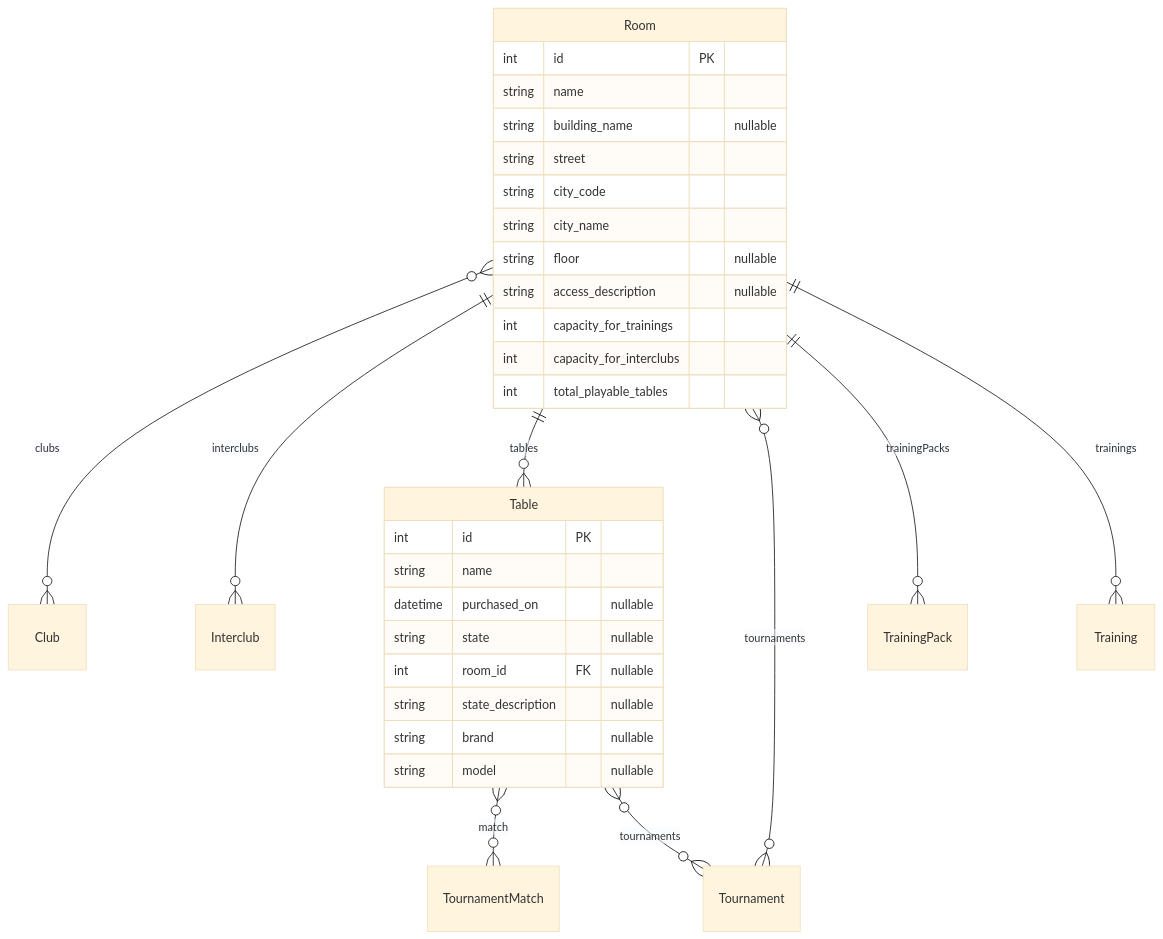
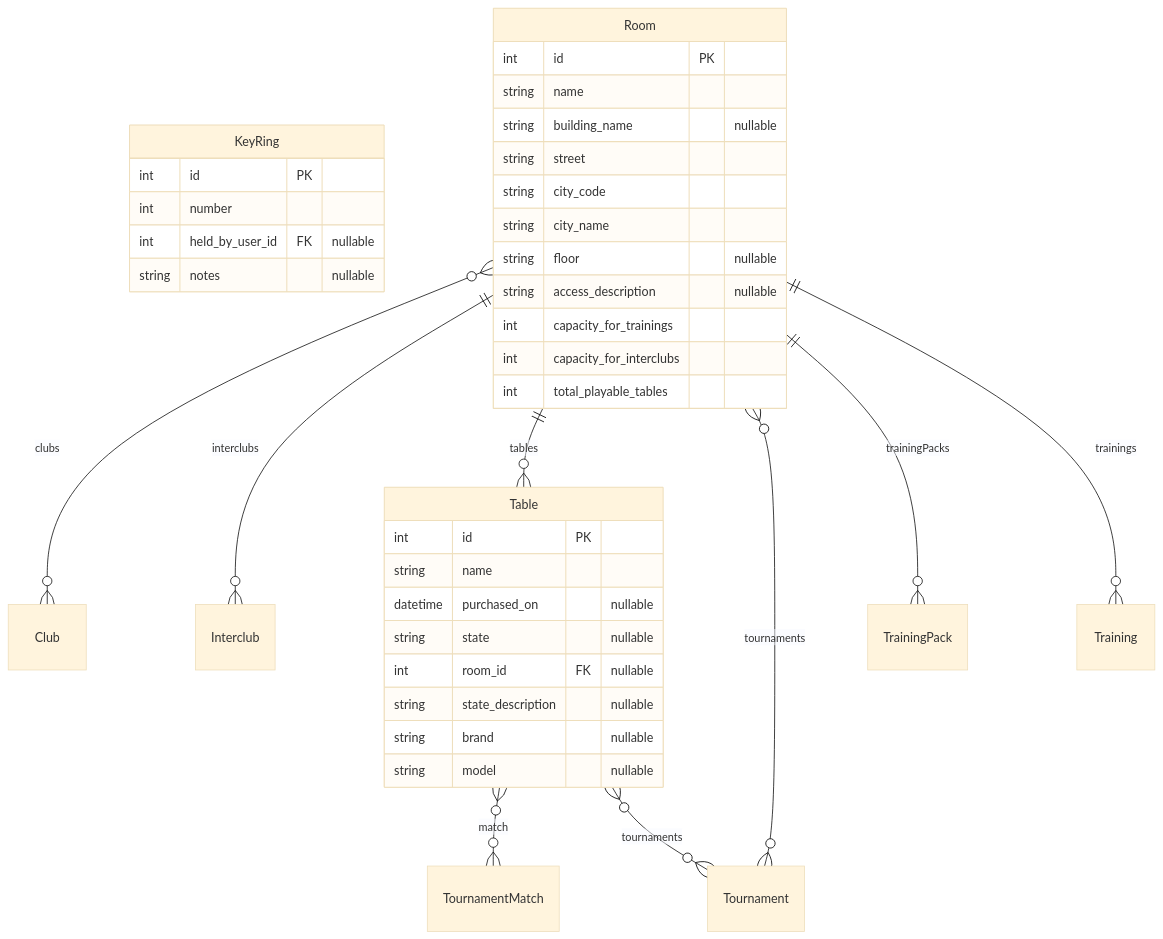
Before and after one commit to Paupoo/tabletennisclub-app: the diagram in docs/erd/clubadmin-club.md, drawn with Mermaid (base theme). The commit also changed 7 other files, not shown here.

First line of the commit message:
chore(docs): regenerate the ERD, drift included

````diff
--- a/docs/erd/clubadmin-club.md
+++ b/docs/erd/clubadmin-club.md
@@ -3,35 +3,41 @@
 ```mermaid
 erDiagram
+    KeyRing {
+        int id PK
+        int number
+        int held_by_user_id FK "nullable"
+        string notes "nullable"
+    }
     Room {
         int id PK
         string name
         string building_name "nullable"
         string street
         string city_code
         string city_name
         string floor "nullable"
         string access_description "nullable"
         int capacity_for_trainings
         int capacity_for_interclubs
         int total_playable_tables
     }
     Table {
         int id PK
         string name
         datetime purchased_on "nullable"
         string state "nullable"
         int room_id FK "nullable"
         string state_description "nullable"
         string brand "nullable"
         string model "nullable"
     }
 
     Room }o--o{ Club : "clubs"
     Room ||--o{ Interclub : "interclubs"
     Room ||--o{ Table : "tables"
     Room }o--o{ Tournament : "tournaments"
     Room ||--o{ TrainingPack : "trainingPacks"
     Room ||--o{ Training : "trainings"
     Table }o--o{ TournamentMatch : "match"
     Table }o--o{ Tournament : "tournaments"
 ```
````
